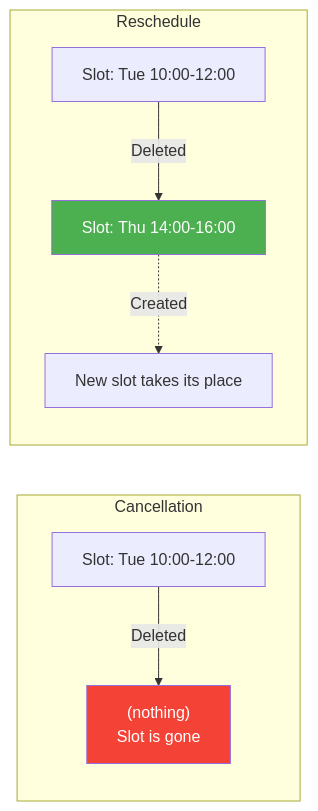
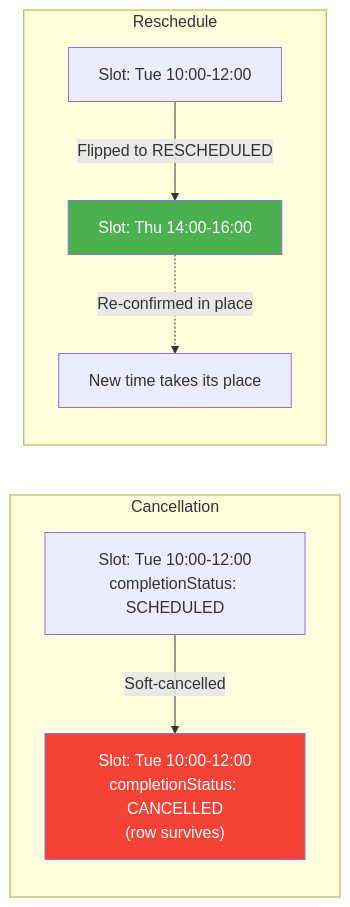
Before and after one commit to Practitionist/familiarise_web: diagram 13 of 14 in docs/booking/08-cancellation-flow.md, drawn with Mermaid. The commit also changed other lines of this file and 8 other files, not shown here.

````diff
--- a/docs/booking/08-cancellation-flow.md
+++ b/docs/booking/08-cancellation-flow.md
@@ -1053,16 +1225,16 @@
 ```mermaid
 flowchart LR
     subgraph Cancel["Cancellation"]
         direction TB
-        CA["Slot: Tue 10:00-12:00"] -->|"Deleted"| CB["(nothing)\nSlot is gone"]
+        CA["Slot: Tue 10:00-12:00\ncompletionStatus: SCHEDULED"] -->|"Soft-cancelled"| CB["Slot: Tue 10:00-12:00\ncompletionStatus: CANCELLED\n(row survives)"]
     end
 
     subgraph Reschedule["Reschedule"]
         direction TB
-        RA["Slot: Tue 10:00-12:00"] -->|"Deleted"| RB["Slot: Thu 14:00-16:00"]
-        RB -.->|"Created"| RC["New slot takes its place"]
+        RA["Slot: Tue 10:00-12:00"] -->|"Flipped to RESCHEDULED"| RB["Slot: Thu 14:00-16:00"]
+        RB -.->|"Re-confirmed in place"| RC["New time takes its place"]
     end
 
     style CB fill:#f44336,color:#fff
     style RB fill:#4caf50,color:#fff
 ```
````
